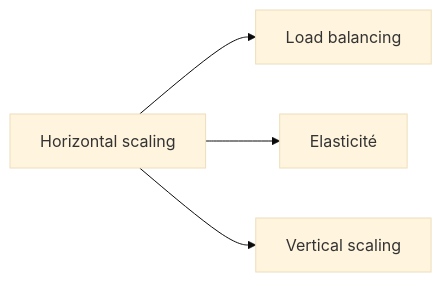
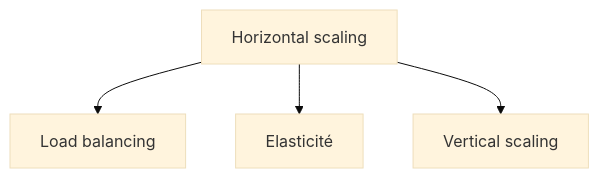
Diagram 15 of 31 in docs/glossaire/cloud-computing.md (zyrass/omnydocs), drawn with Mermaid (base theme) before and after one commit. The commit also changed other lines of this file and 1780 other files, not shown here.

````diff
--- a/docs/glossaire/cloud-computing.md
+++ b/docs/glossaire/cloud-computing.md
@@ -304,6 +366,6 @@
-    ```mermaid
-    graph LR
-        A[Horizontal scaling] --> B[Load balancing]
-        A --> C[Elasticité]
-        A --> D[Vertical scaling]
-    ```
+```mermaid
+graph TB
+    A[Horizontal scaling] --> B[Load balancing]
+    A --> C[Elasticité]
+    A --> D[Vertical scaling]
+```
````
